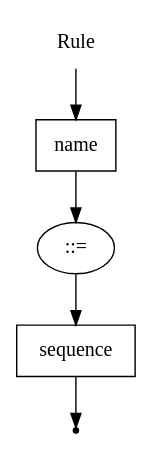
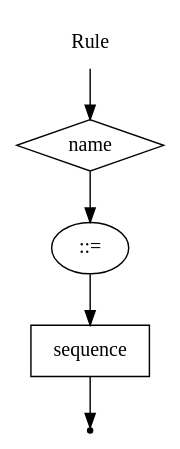
The diagram in DSLTools/examples/rbnf/wirth/Rule.gv (EgorGoluzin/DSL), drawn with Graphviz before and after one commit. The commit also changed 5 other files, not shown here.

```diff
--- a/DSLTools/examples/rbnf/wirth/Rule.gv
+++ b/DSLTools/examples/rbnf/wirth/Rule.gv
@@ -1,11 +1,11 @@
 digraph Rule {
     start [label = "Rule" shape = plaintext];
     end [label = "" shape = point];
-    A [label = "name" shape = box];
+    A [label = "name" shape = diamond];
     B [label = "::=" shape = oval];
     C [label = "sequence" shape = box];
     start -> A;
     A -> B;
     B -> C;
     C -> end;
 }
```
